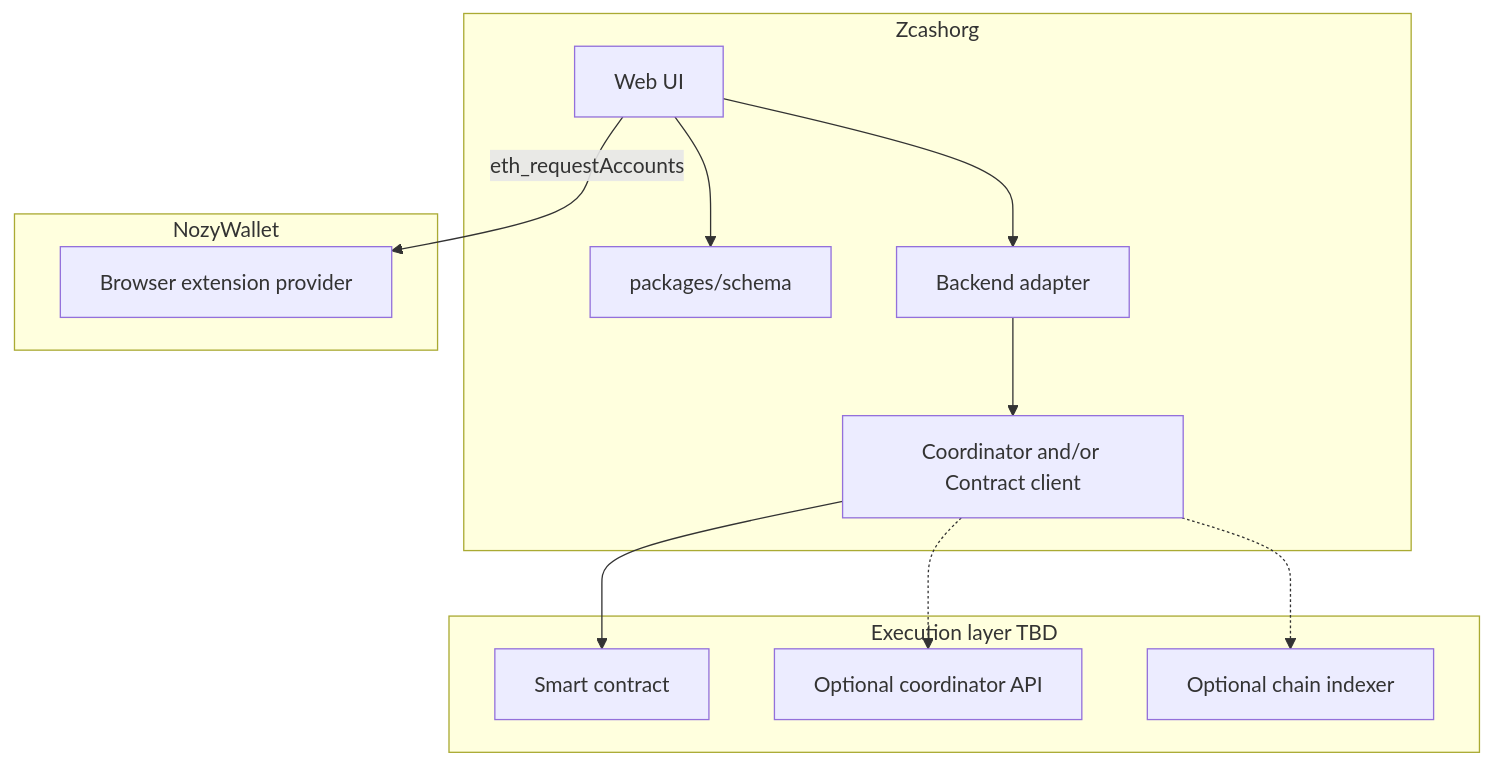
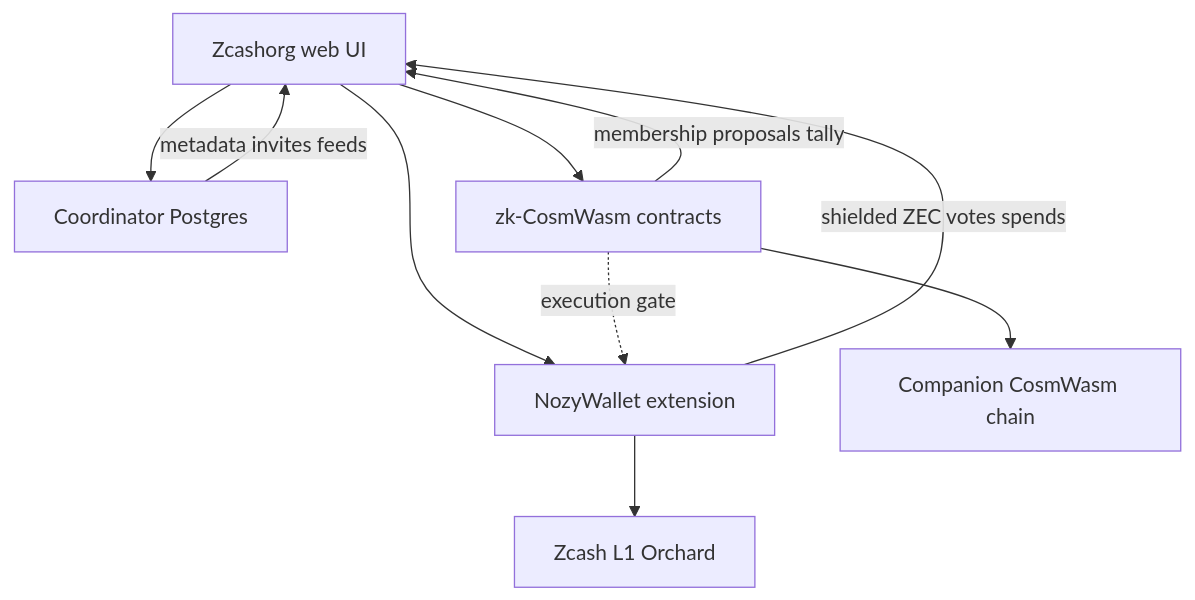
Before and after one commit to LEONINE-DAO/ZECDAOs: the diagram in docs/plans/ARCHITECTURE.md, drawn with Mermaid. The commit also changed other lines of this file and 6 other files, not shown here.

First line of the commit message:
Document Hybrid C architecture and zk-CosmWasm OD-001 recommendation.

````diff
--- a/docs/plans/ARCHITECTURE.md
+++ b/docs/plans/ARCHITECTURE.md
@@ -13,27 +35,16 @@
 ```mermaid
 flowchart TB
-  subgraph zcashorg [Zcashorg]
-    WebUI[Web UI]
-    Schema[packages/schema]
-    Adapter[Backend adapter]
-    Backend[Coordinator and/or Contract client]
-  end
+  WebUI[Zcashorg web UI]
 
-  subgraph nozy [NozyWallet]
-    Ext[Browser extension provider]
-  end
+  WebUI --> Coordinator[Coordinator Postgres]
+  WebUI --> Contracts[zk-CosmWasm contracts]
+  WebUI --> Nozy[NozyWallet extension]
 
-  subgraph execution [Execution layer TBD]
-    Contract[Smart contract]
-    Coordinator[Optional coordinator API]
-    Indexer[Optional chain indexer]
-  end
+  Coordinator -->|metadata invites feeds| WebUI
+  Contracts -->|membership proposals tally| WebUI
+  Nozy -->|shielded ZEC votes spends| WebUI
 
-  WebUI --> Schema
-  WebUI --> Adapter
-  Adapter --> Backend
-  Backend --> Contract
-  Backend -.-> Coordinator
-  Backend -.-> Indexer
-  WebUI -->|eth_requestAccounts| Ext
+  Contracts -.->|execution gate| Nozy
+  Nozy --> ZcashL1[Zcash L1 Orchard]
+  Contracts --> CosmWasm[Companion CosmWasm chain]
 ```
````
